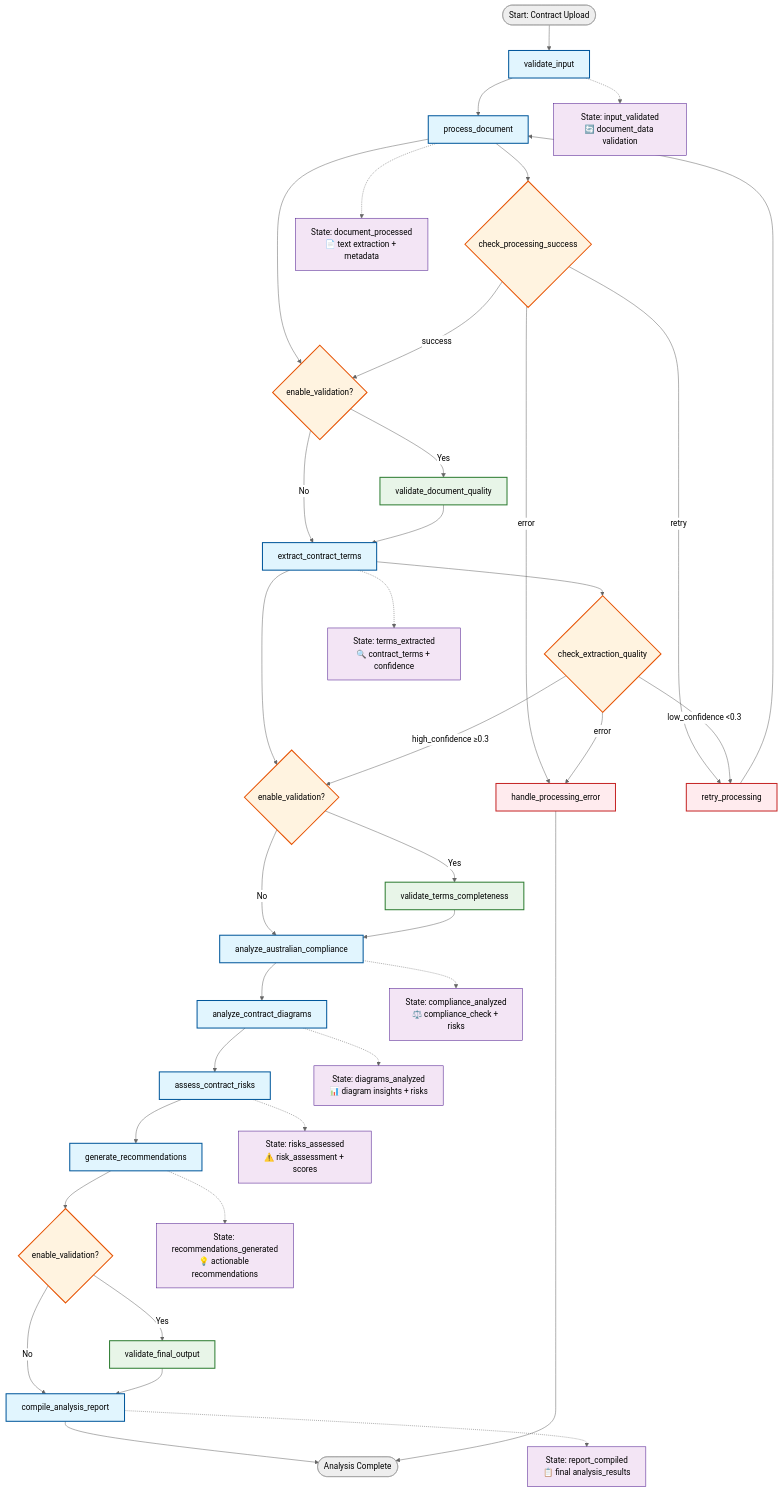
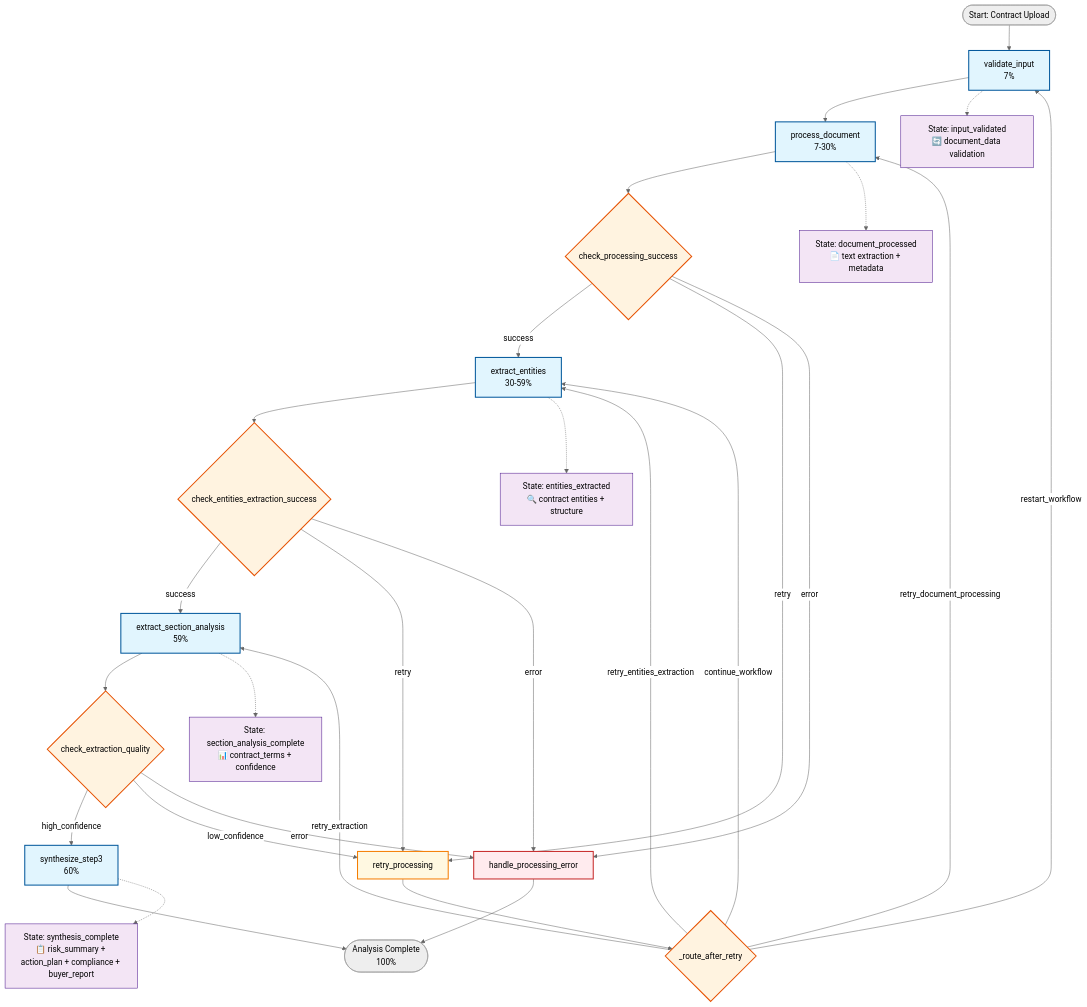
One commit to bohui/real2ai changed the first of 7 diagrams in docs/workflows/langgraph-contract-analysis-workflow.md. Above: the diagram before and after it, drawn with Mermaid (neutral theme). The commit also changed other lines of this file and 58 other files, not shown here.

````diff
--- a/docs/workflows/langgraph-contract-analysis-workflow.md
+++ b/docs/workflows/langgraph-contract-analysis-workflow.md
@@ -44,67 +44,54 @@
 ```mermaid
 graph TD
-    START([Start: Contract Upload]) --> VI[validate_input]
+    START([Start: Contract Upload]) --> VI[validate_input<br/>7%]
     
-    %% Core Processing Flow with Enhanced Validation
-    VI --> PD[process_document]
+    %% Core Processing Flow with Node-based Architecture
+    VI --> PD[process_document<br/>7-30%]
     
-    PD --> VDQ{enable_validation?}
-    VDQ -->|Yes| VDQ_NODE[validate_document_quality]
-    VDQ -->|No| ET[extract_contract_terms]
-    VDQ_NODE --> ET
+    PD --> CPS{check_processing_success}
+    CPS -->|success| EE[extract_entities<br/>30-59%]
+    CPS -->|retry| RP[retry_processing]
+    CPS -->|error| HE[handle_processing_error]
     
-    ET --> VTC{enable_validation?}
-    VTC -->|Yes| VTC_NODE[validate_terms_completeness]
-    VTC -->|No| AC[analyze_australian_compliance]
-    VTC_NODE --> AC
+    EE --> EES{check_entities_extraction_success}
+    EES -->|success| SA[extract_section_analysis<br/>59%]
+    EES -->|retry| RP
+    EES -->|error| HE
     
-    AC --> ACD[analyze_contract_diagrams]
-    ACD --> AR[assess_contract_risks]
-    AR --> GR[generate_recommendations]
-    GR --> VFO{enable_validation?}
-    VFO -->|Yes| VFO_NODE[validate_final_output]
-    VFO -->|No| CR[compile_analysis_report]
-    VFO_NODE --> CR
+    SA --> SEQ{check_extraction_quality}
+    SEQ -->|high_confidence| S3[synthesize_step3<br/>60%]
+    SEQ -->|low_confidence| RP
+    SEQ -->|error| HE
     
-    CR --> END([Analysis Complete])
+    S3 --> END([Analysis Complete<br/>100%])
     
-    %% Error Handling Nodes
-    HE[handle_processing_error] --> END
-    RP[retry_processing]
+    %% Error Handling and Retry Flow
+    RP --> RAR{_route_after_retry}
+    RAR -->|restart_workflow| VI
+    RAR -->|retry_document_processing| PD
+    RAR -->|retry_entities_extraction| EE
+    RAR -->|retry_extraction| SA
+    RAR -->|continue_workflow| EE
     
-    %% Conditional Decision Points
-    PD --> CPS{check_processing_success}
-    CPS -->|success| VDQ
-    CPS -->|retry| RP
-    CPS -->|error| HE
-    
-    ET --> CEQ{check_extraction_quality}
-    CEQ -->|high_confidence ≥0.3| VTC
-    CEQ -->|low_confidence <0.3| RP
-    CEQ -->|error| HE
-    
-    RP --> PD
+    HE --> END
     
     %% State Updates (showing key checkpoints)
-    VI -.-> S1[State: input_validated<br/>🔄 document_data validation]
-    PD -.-> S2[State: document_processed<br/>📄 text extraction + metadata]
-    ET -.-> S3[State: terms_extracted<br/>🔍 contract_terms + confidence]
-    AC -.-> S4[State: compliance_analyzed<br/>⚖️ compliance_check + risks]
-    ACD -.-> S5[State: diagrams_analyzed<br/>📊 diagram insights + risks]
-    AR -.-> S6[State: risks_assessed<br/>⚠️ risk_assessment + scores]
-    GR -.-> S7[State: recommendations_generated<br/>💡 actionable recommendations]
-    CR -.-> S8[State: report_compiled<br/>📋 final analysis_results]
+    VI -.-> ST1[State: input_validated<br/>🔄 document_data validation]
+    PD -.-> ST2[State: document_processed<br/>📄 text extraction + metadata]
+    EE -.-> ST3[State: entities_extracted<br/>🔍 contract entities + structure]
+    SA -.-> ST4[State: section_analysis_complete<br/>📊 contract_terms + confidence]
+    S3 -.-> ST5[State: synthesis_complete<br/>📋 risk_summary + action_plan + compliance + buyer_report]
     
     %% Styling
     classDef processNode fill:#e1f5fe,stroke:#01579b,stroke-width:2px
     classDef decisionNode fill:#fff3e0,stroke:#e65100,stroke-width:2px
     classDef errorNode fill:#ffebee,stroke:#c62828,stroke-width:2px
     classDef stateNode fill:#f3e5f5,stroke:#4a148c,stroke-width:1px
-    classDef validationNode fill:#e8f5e8,stroke:#2e7d32,stroke-width:2px
+    classDef retryNode fill:#fff8e1,stroke:#f57c00,stroke-width:2px
     
-    class VI,PD,ET,AC,ACD,AR,GR,CR processNode
-    class CPS,CEQ,VDQ,VTC,VFO decisionNode
-    class HE,RP errorNode
-    class S1,S2,S3,S4,S5,S6,S7,S8 stateNode
-    class VDQ_NODE,VTC_NODE,VFO_NODE validationNode
+    class VI,PD,EE,SA,S3 processNode
+    class CPS,EES,SEQ,RAR decisionNode
+    class HE errorNode
+    class ST1,ST2,ST3,ST4,ST5 stateNode
+    class RP retryNode
 ```
````
